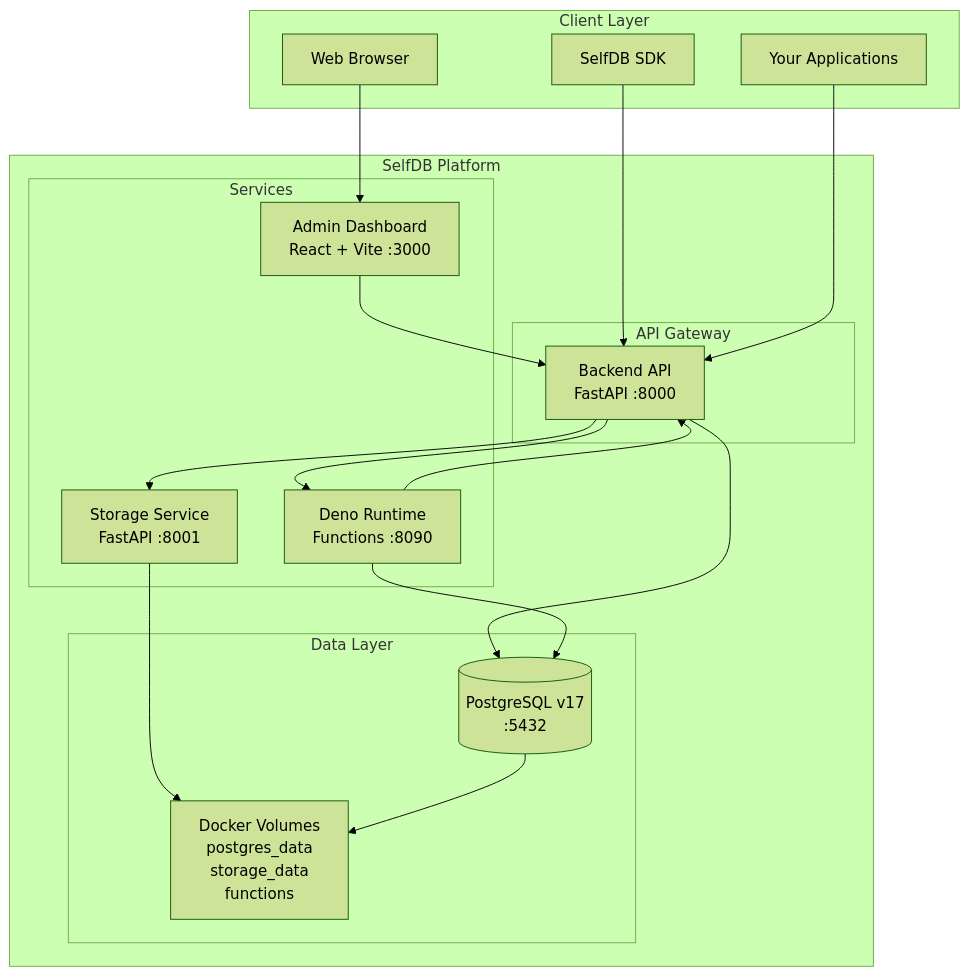
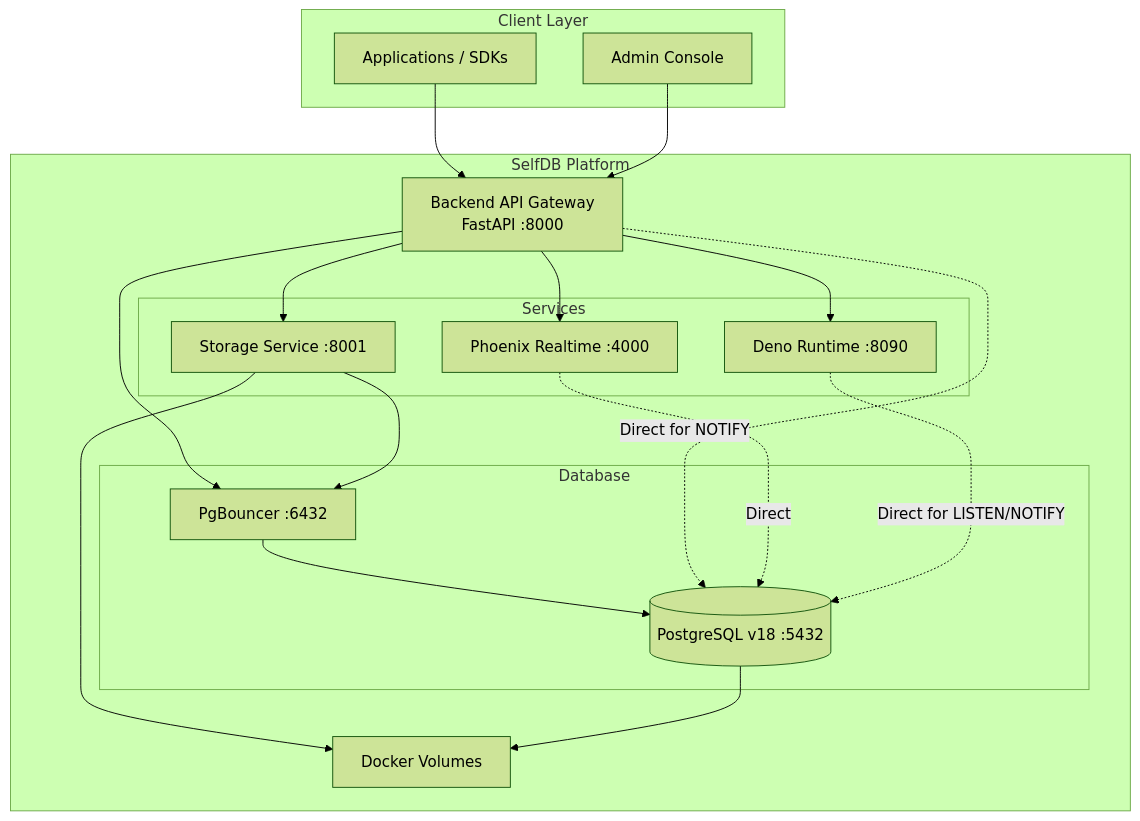
One commit to Selfdb-io/SelfDB changed the diagram in README.md. Above: the diagram before and after it, drawn with Mermaid (forest theme). The commit also changed other lines of this file and 32828 other files, not shown here.

````diff
--- a/README.md
+++ b/README.md
@@ -99,40 +64,42 @@
 ```mermaid
-graph TB
+graph TD
     subgraph "Client Layer"
-        U[Web Browser]
-        SDK[SelfDB SDK]
-        APP[Your Applications]
+        U[Applications / SDKs]
+        ADMIN[Admin Console]
     end
 
     subgraph "SelfDB Platform"
-        subgraph "API Gateway"
-            API[Backend API<br/>FastAPI :8000]
+        API[Backend API Gateway<br/>FastAPI :8000]
+        
+        subgraph "Services"
+            ST[Storage Service :8001]
+            RT[Phoenix Realtime :4000]
+            DR[Deno Runtime :8090]
+        end
+
+        subgraph "Database"
+            PB[PgBouncer :6432]
+            PG[(PostgreSQL v18 :5432)]
         end
         
-        subgraph "Services"
-            ADMIN[Admin Dashboard<br/>React + Vite :3000]
-            STORAGE[Storage Service<br/>FastAPI :8001]
-            DENO[Deno Runtime<br/>Functions :8090]
-        end
-        
-        subgraph "Data Layer"
-            PG[(PostgreSQL v17<br/>:5432)]
-            VOL[Docker Volumes<br/>postgres_data<br/>storage_data<br/>functions]
-        end
+        VOL[Docker Volumes]
     end
 
-    U --> ADMIN
-    SDK --> API
-    APP --> API
+    U --> API
+    ADMIN --> API
     
-    ADMIN --> API
-    API --> PG
-    API --> STORAGE
-    API --> DENO
+    API --> ST
+    API --> RT
+    API --> DR
+    API --> PB
     
-    STORAGE --> VOL
-    DENO --> PG
-    DENO --> API
+    ST --> PB
+    PB --> PG
     
+    API -.Direct for NOTIFY.-> PG
+    RT -.Direct.-> PG
+    DR -.Direct for LISTEN/NOTIFY.-> PG
+    
+    ST --> VOL
     PG --> VOL
 ```
````
